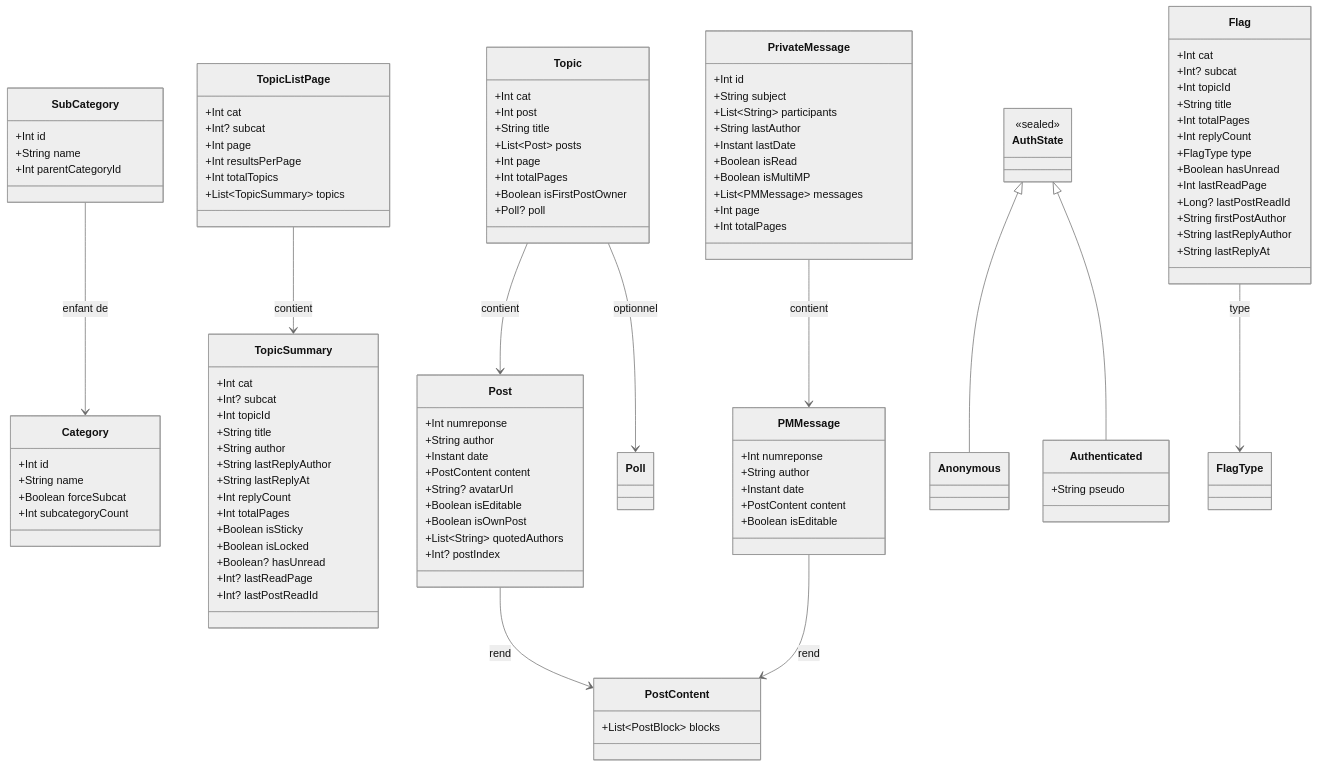
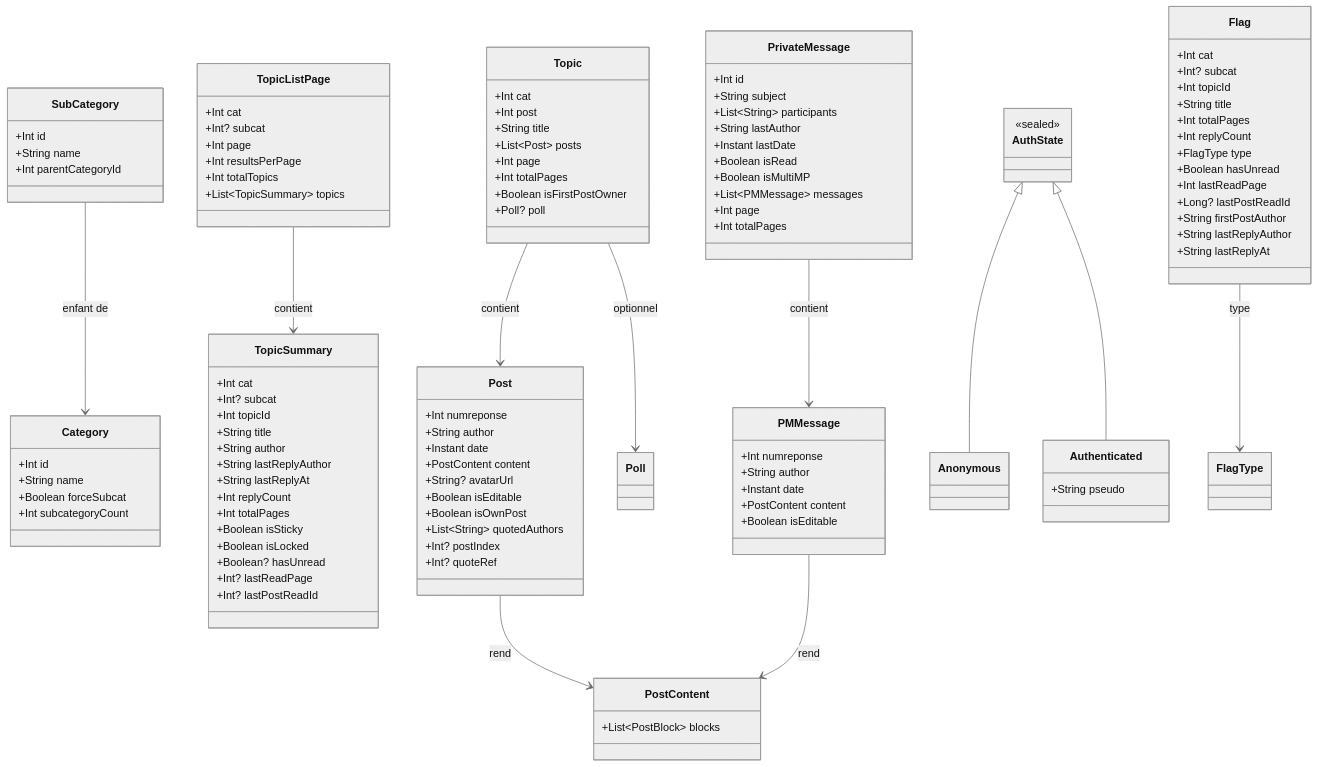
Before and after one commit to ForumHFR/redface2: the diagram in docs/specs/models.md, drawn with Mermaid (neutral theme). The commit also changed other lines of this file and 45 other files, not shown here.

```diff
--- a/docs/specs/models.md
+++ b/docs/specs/models.md
@@ -68,6 +68,7 @@
         +Boolean isOwnPost
         +List~String~ quotedAuthors
         +Int? postIndex
+        +Int? quoteRef
     }
 
     class PostContent {
```
